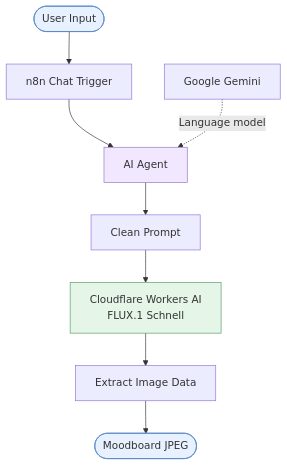
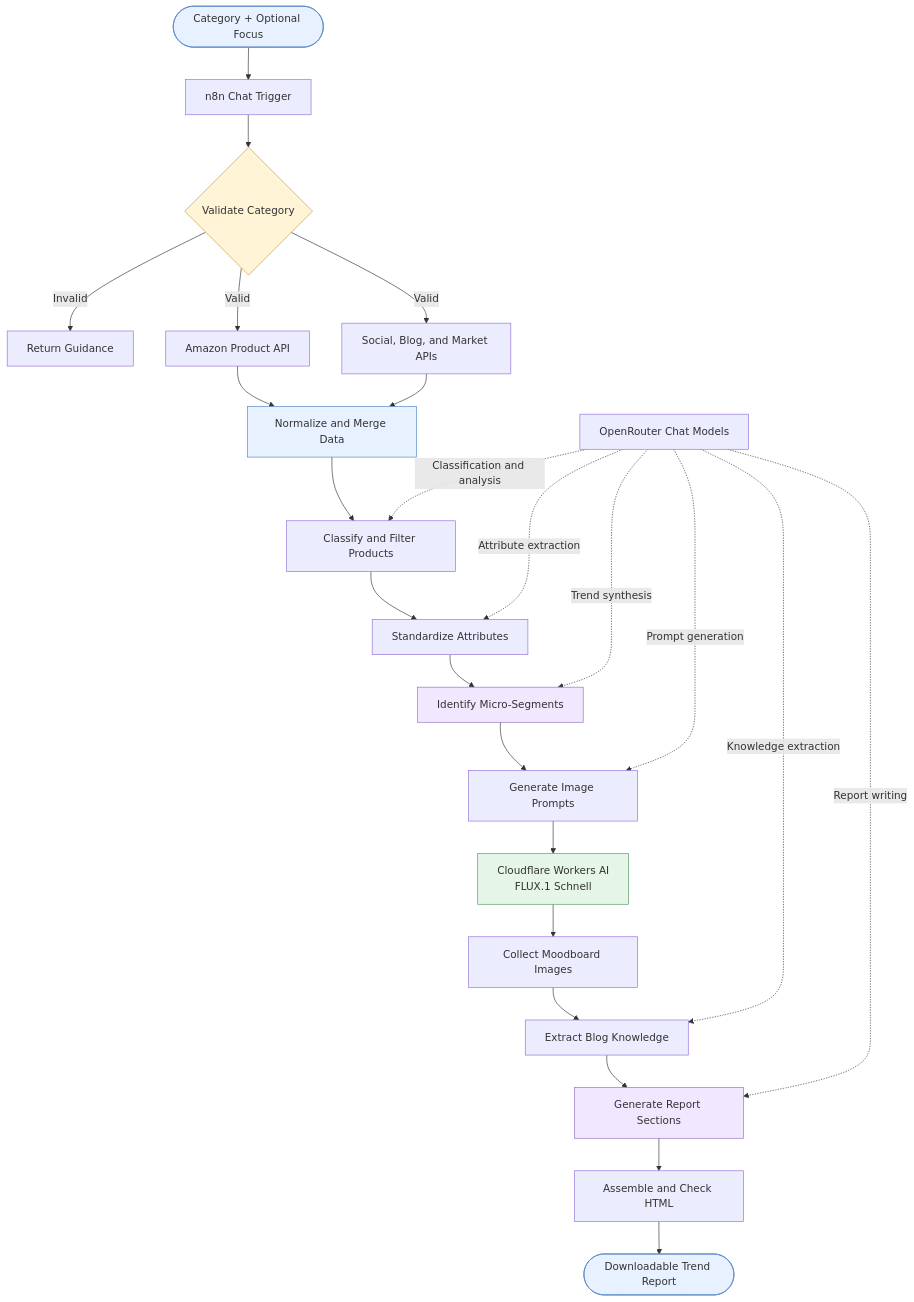
The first of 2 diagrams in Artifacts/ConsumerTrendDiscoveryAIAgentDesign.md (aditibhalla1983/Wayfair-n8n-AI-Agent-Engineering-Externship), drawn with Mermaid before and after one commit. The commit also changed other lines of this file, not shown here.

````diff
--- a/Artifacts/ConsumerTrendDiscoveryAIAgentDesign.md
+++ b/Artifacts/ConsumerTrendDiscoveryAIAgentDesign.md
@@ -14,19 +16,51 @@
 ```mermaid
 flowchart TD
-    U(["User Input"])
+    U(["Category + Optional Focus"])
     T["n8n Chat Trigger"]
-    A["AI Agent"]
-    L["Google Gemini"]
-    C["Clean Prompt"]
+    V{"Validate Category"}
+    E["Return Guidance"]
+
+    P["Amazon Product API"]
+    S["Social, Blog, and Market APIs"]
+    M["Normalize and Merge Data"]
+
+    C["Classify and Filter Products"]
+    A["Standardize Attributes"]
+    D["Identify Micro-Segments"]
+    L["OpenRouter Chat Models"]
+
+    G["Generate Image Prompts"]
     I["Cloudflare Workers AI<br/>FLUX.1 Schnell"]
-    O["Extract Image Data"]
-    R(["Moodboard JPEG"])
+    B["Collect Moodboard Images"]
 
-    U --> T --> A --> C --> I --> O --> R
-    L -. "Language model" .-> A
+    K["Extract Blog Knowledge"]
+    W["Generate Report Sections"]
+    H["Assemble and Check HTML"]
+    R(["Downloadable Trend Report"])
+
+    U --> T --> V
+    V -->|Valid| P
+    V -->|Valid| S
+    V -->|Invalid| E
+
+    P --> M
+    S --> M
+    M --> C --> A --> D
+    D --> G --> I --> B
+    B --> K --> W --> H --> R
+
+    L -. "Classification and analysis" .-> C
+    L -. "Attribute extraction" .-> A
+    L -. "Trend synthesis" .-> D
+    L -. "Prompt generation" .-> G
+    L -. "Knowledge extraction" .-> K
+    L -. "Report writing" .-> W
 
     style U fill:#e8f1ff,stroke:#5284c4
-    style A fill:#f1e8ff,stroke:#9270c4
+    style V fill:#fff4d6,stroke:#c99b32
+    style M fill:#e8f1ff,stroke:#5284c4
+    style D fill:#f1e8ff,stroke:#9270c4
     style I fill:#e5f5e8,stroke:#559966
+    style W fill:#f1e8ff,stroke:#9270c4
     style R fill:#e8f1ff,stroke:#5284c4
 ```
````
